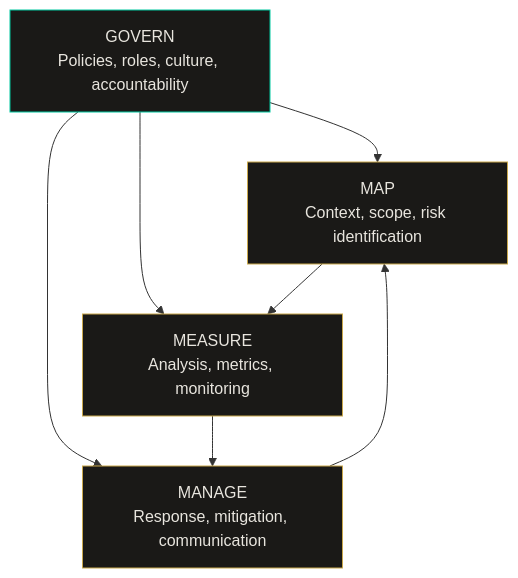
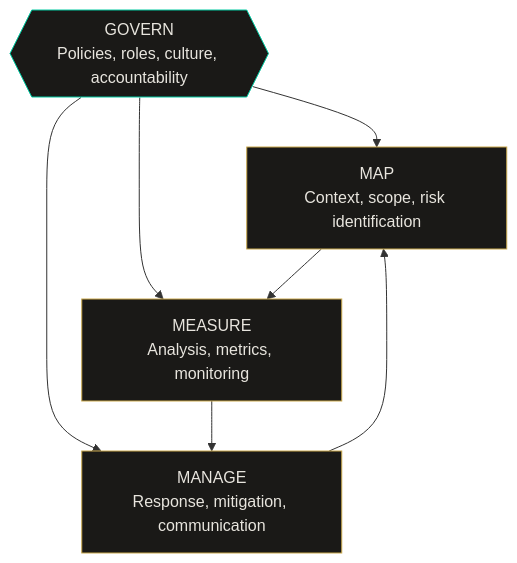
One commit to CyberdaemonAI/cyberdaemon-site changed the first of 2 diagrams in src/content/analysis/nist-ai-rmf-practice.mdx. Above: the diagram before and after it, drawn with Mermaid. The commit also changed other lines of this file and 23 other files, not shown here.

First line of the commit message:
style(diagrams): retrofit all mermaid diagrams to flowchart syntax site-wide

````diff
--- a/src/content/analysis/nist-ai-rmf-practice.mdx
+++ b/src/content/analysis/nist-ai-rmf-practice.mdx
@@ -38,15 +38,15 @@
 ```mermaid
-graph TB
-    G[GOVERN<br/>Policies, roles, culture, accountability]
+flowchart TB
+    G{{GOVERN<br/>Policies, roles, culture, accountability}}
     G --> M1[MAP<br/>Context, scope, risk identification]
     G --> M2[MEASURE<br/>Analysis, metrics, monitoring]
     G --> M3[MANAGE<br/>Response, mitigation, communication]
     M1 --> M2
     M2 --> M3
     M3 --> M1
 
     style G fill:#1a1917,stroke:#00c8a0,color:#e8e5de
     style M1 fill:#1a1917,stroke:#c9a84c,color:#e8e5de
     style M2 fill:#1a1917,stroke:#c9a84c,color:#e8e5de
     style M3 fill:#1a1917,stroke:#c9a84c,color:#e8e5de
 ```
````
